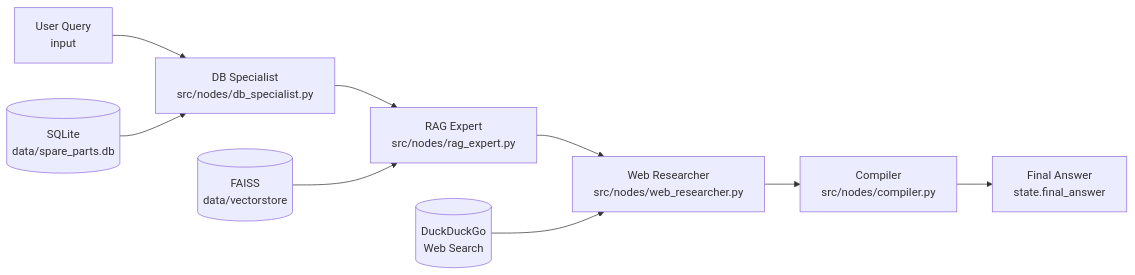
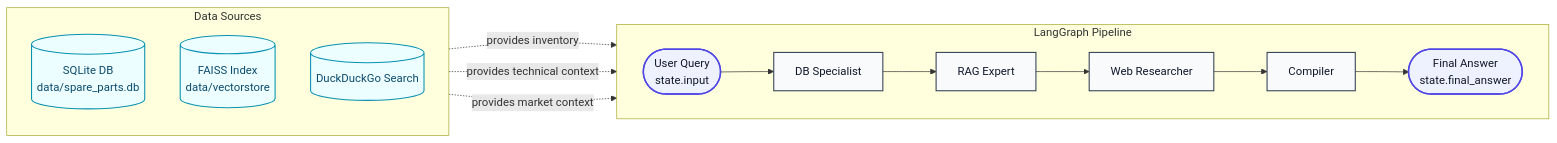
Before and after one commit to henrriy141/agent_car_spare_parts: the diagram in README.md, drawn with Mermaid.

Commit message:
Enhance flowchart in README.md to clarify LangGraph pipeline and data sources

````diff
--- a/README.md
+++ b/README.md
@@ -57,12 +57,33 @@
 ```mermaid
 flowchart LR
-    A[User Query\ninput] --> B[DB Specialist\nsrc/nodes/db_specialist.py]
-    B --> C[RAG Expert\nsrc/nodes/rag_expert.py]
-    C --> D[Web Researcher\nsrc/nodes/web_researcher.py]
-    D --> E[Compiler\nsrc/nodes/compiler.py]
-    E --> F[Final Answer\nstate.final_answer]
+  %% Main execution lane
+  subgraph PIPELINE[LangGraph Pipeline]
+    direction LR
+    A([User Query\nstate.input]) --> B[DB Specialist]
+    B --> C[RAG Expert]
+    C --> D[Web Researcher]
+    D --> E[Compiler]
+    E --> F([Final Answer\nstate.final_answer])
+  end
 
-    G[(SQLite\ndata/spare_parts.db)] --> B
-    H[(FAISS\ndata/vectorstore)] --> C
-    I[(DuckDuckGo\nWeb Search)] --> D
+  %% External sources
+  subgraph SOURCES[Data Sources]
+    direction TB
+    G[(SQLite DB\ndata/spare_parts.db)]
+    H[(FAISS Index\ndata/vectorstore)]
+    I[(DuckDuckGo Search)]
+  end
+
+  G -. provides inventory .-> B
+  H -. provides technical context .-> C
+  I -. provides market context .-> D
+
+  %% Visual styles
+  classDef io fill:#EEF2FF,stroke:#4F46E5,stroke-width:2px,color:#111827;
+  classDef agents fill:#F8FAFC,stroke:#334155,stroke-width:1.5px,color:#0F172A;
+  classDef sources fill:#ECFEFF,stroke:#0891B2,stroke-width:1.5px,color:#0C4A6E;
+
+  class A,F io;
+  class B,C,D,E agents;
+  class G,H,I sources;
 ```
````
